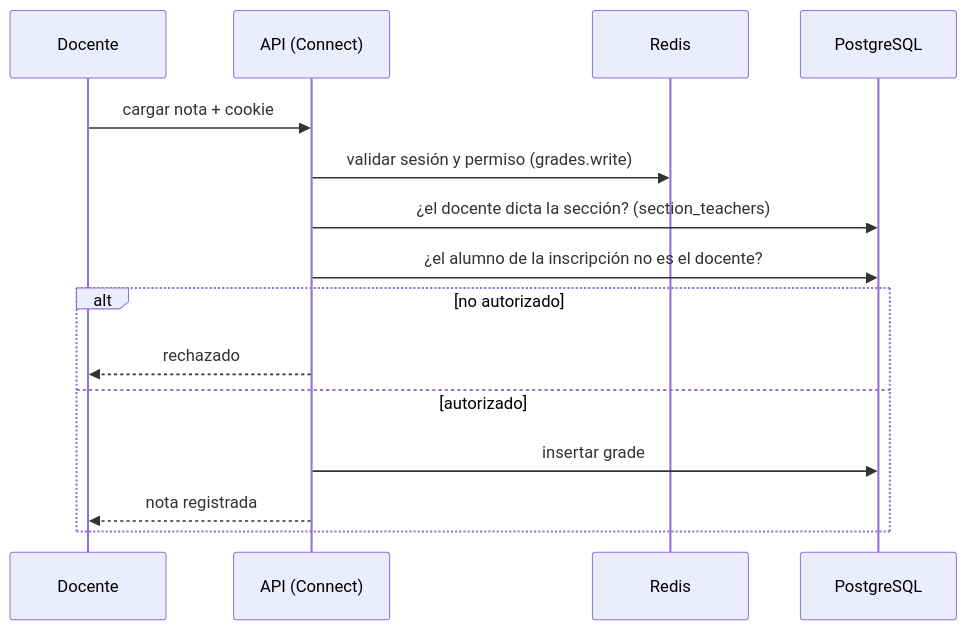
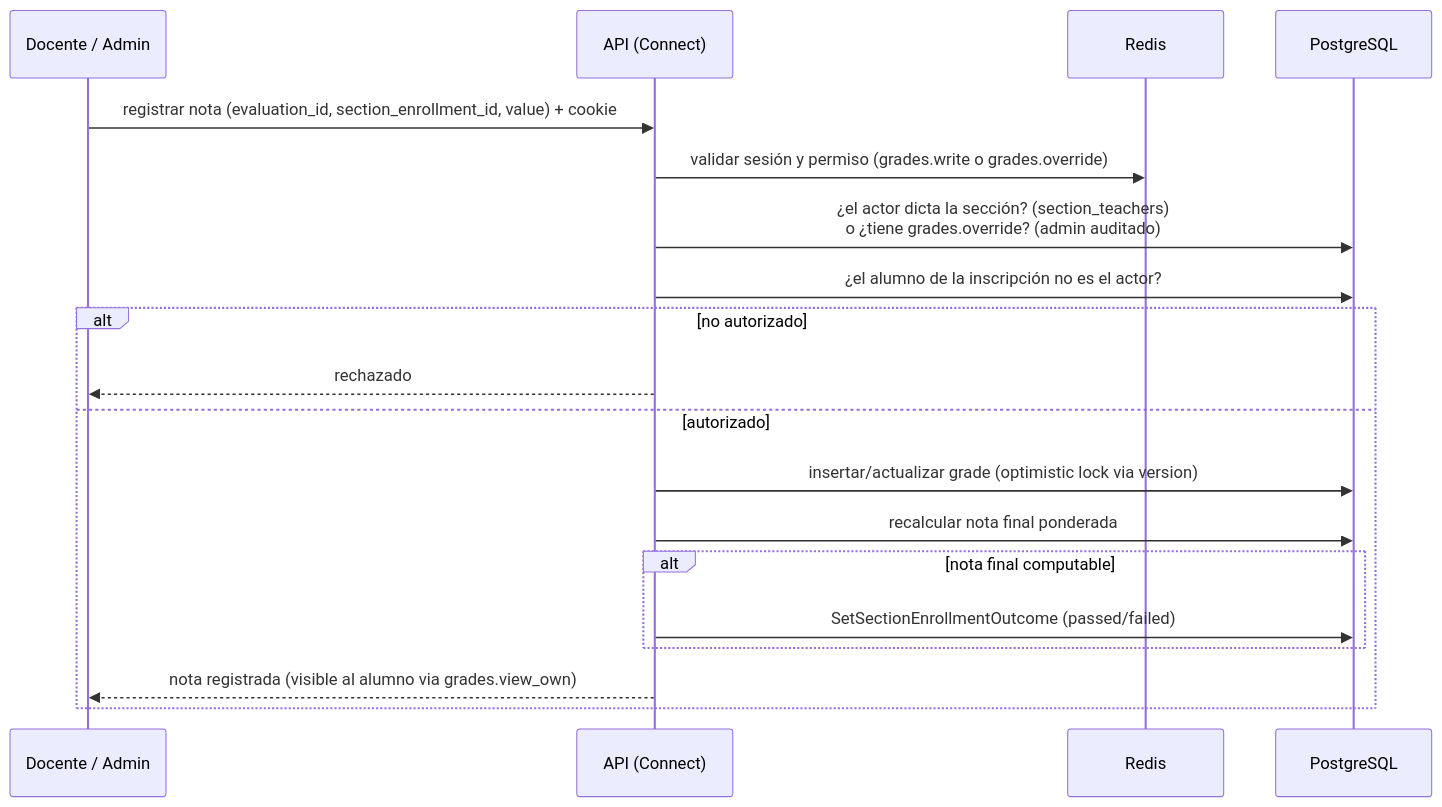
The eighth of 10 diagrams in docs/arquitectura/README.md (AlessandroRLM/infraestructura-y-servicios-cloud), drawn with Mermaid before and after one commit. The commit also changed other lines of this file, not shown here.

Commit message:
docs(arquitectura): reflect section_enrollments slice and weighted grades model

````diff
--- a/docs/arquitectura/README.md
+++ b/docs/arquitectura/README.md
@@ -544,18 +576,22 @@
 ```mermaid
 sequenceDiagram
-    participant T as Docente
+    participant T as Docente / Admin
     participant A as API (Connect)
     participant R as Redis
     participant P as PostgreSQL
 
-    T->>A: cargar nota + cookie
-    A->>R: validar sesión y permiso (grades.write)
-    A->>P: ¿el docente dicta la sección? (section_teachers)
-    A->>P: ¿el alumno de la inscripción no es el docente?
+    T->>A: registrar nota (evaluation_id, section_enrollment_id, value) + cookie
+    A->>R: validar sesión y permiso (grades.write o grades.override)
+    A->>P: ¿el actor dicta la sección? (section_teachers)<br/>o ¿tiene grades.override? (admin auditado)
+    A->>P: ¿el alumno de la inscripción no es el actor?
     alt no autorizado
         A-->>T: rechazado
     else autorizado
-        A->>P: insertar grade
-        A-->>T: nota registrada
+        A->>P: insertar/actualizar grade (optimistic lock via version)
+        A->>P: recalcular nota final ponderada
+        alt nota final computable
+            A->>P: SetSectionEnrollmentOutcome (passed/failed)
+        end
+        A-->>T: nota registrada (visible al alumno via grades.view_own)
     end
 ```
````
